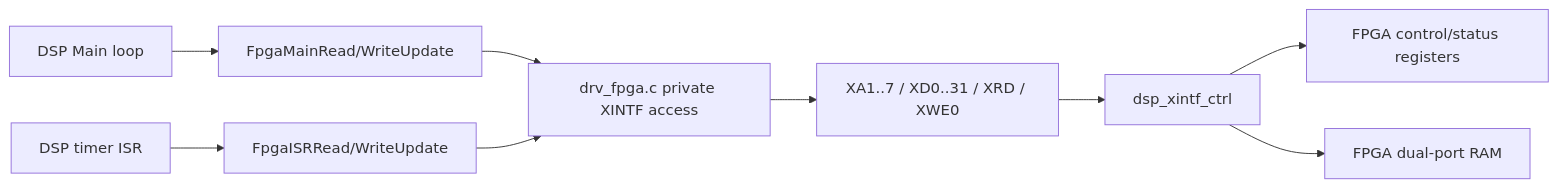
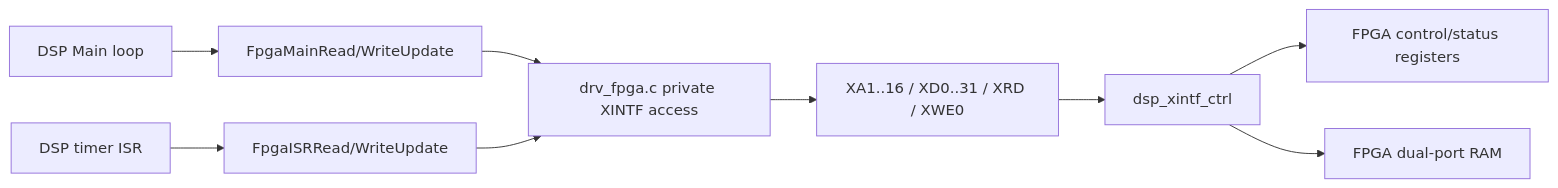
The diagram in ARCHITECTURE.md (hhanghhhhh/demo_dsp_proj), drawn with Mermaid before and after one commit. The commit also changed other lines of this file and 96 other files, not shown here.

````diff
--- a/ARCHITECTURE.md
+++ b/ARCHITECTURE.md
@@ -169,11 +169,11 @@
 ```mermaid
 flowchart LR
     Main["DSP Main loop"] --> MainAPI["FpgaMainRead/WriteUpdate"]
     ISR["DSP timer ISR"] --> ISRAPI["FpgaISRRead/WriteUpdate"]
     MainAPI --> Driver["drv_fpga.c private XINTF access"]
     ISRAPI --> Driver
-    Driver --> Bus["XA1..7 / XD0..31 / XRD / XWE0"]
+    Driver --> Bus["XA1..16 / XD0..31 / XRD / XWE0"]
     Bus --> Bridge["dsp_xintf_ctrl"]
     Bridge --> Regs["FPGA control/status registers"]
     Bridge --> Ram["FPGA dual-port RAM"]
 ```
````
